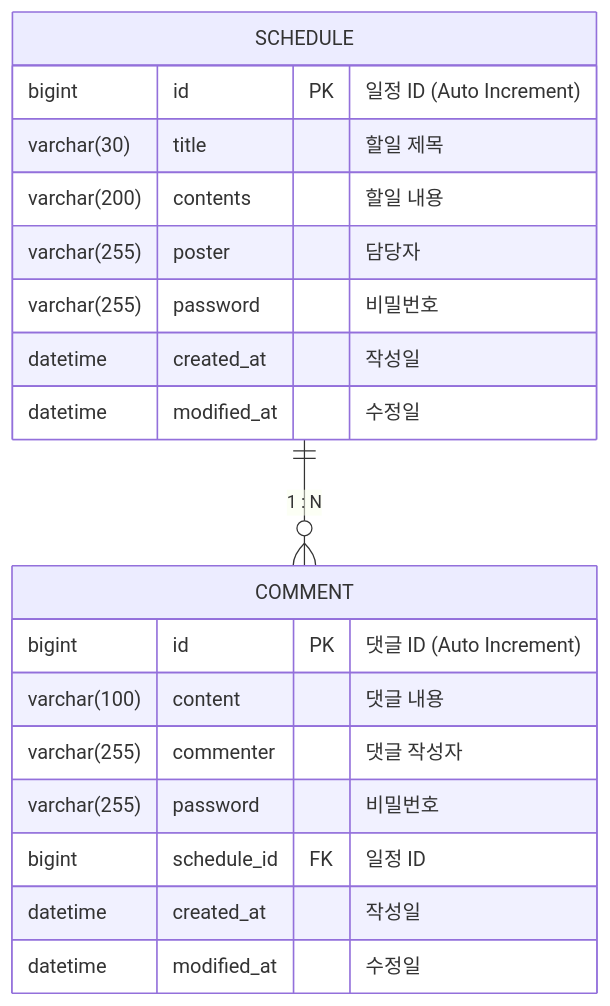
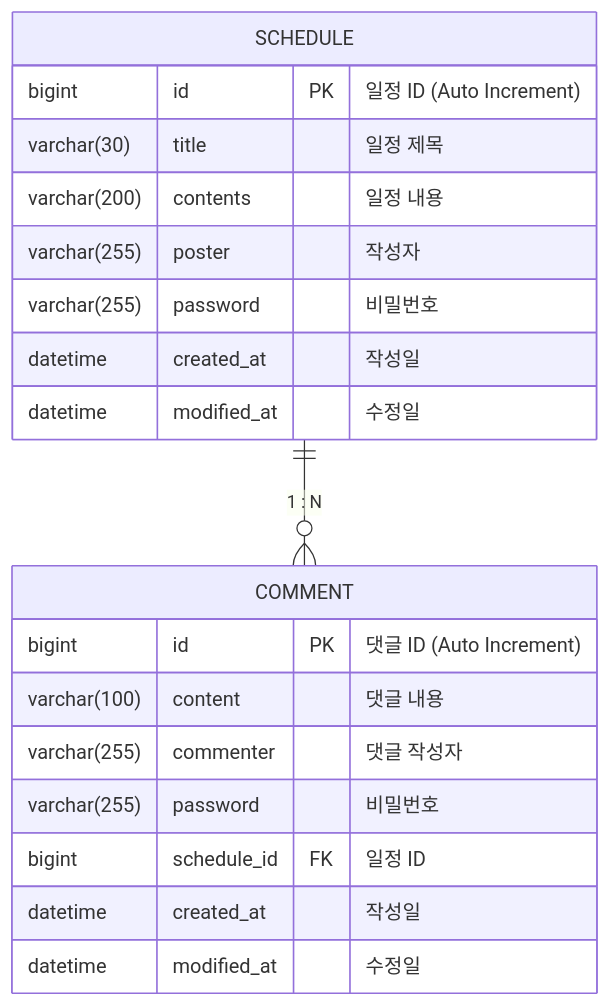
One commit to cdkkyj123/Schedule-App changed the diagram in README.md. Above: the diagram before and after it, drawn with Mermaid. The commit also changed other lines of this file, not shown here.

Commit message:
README update

````diff
--- a/README.md
+++ b/README.md
@@ -27,24 +27,24 @@
 ```mermaid
 erDiagram
     SCHEDULE ||--o{ COMMENT : "1 : N"
     
     SCHEDULE {
         bigint id PK "일정 ID (Auto Increment)"
-        varchar(30) title "할일 제목"
-        varchar(200) contents "할일 내용"
-        varchar(255) poster "담당자"
+        varchar(30) title "일정 제목"
+        varchar(200) contents "일정 내용"
+        varchar(255) poster "작성자"
         varchar(255) password "비밀번호"
         datetime created_at "작성일"
         datetime modified_at "수정일"
     }
 
     COMMENT {
         bigint id PK "댓글 ID (Auto Increment)"
         varchar(100) content "댓글 내용"
         varchar(255) commenter "댓글 작성자"
         varchar(255) password "비밀번호"
         bigint schedule_id FK "일정 ID"
         datetime created_at "작성일"
         datetime modified_at "수정일"
     }
 ```
````
